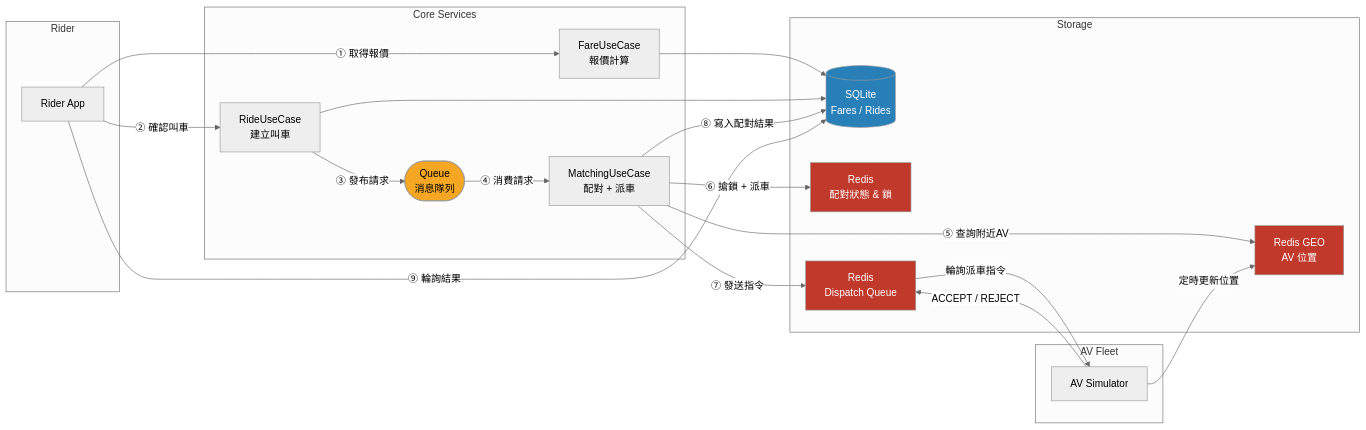
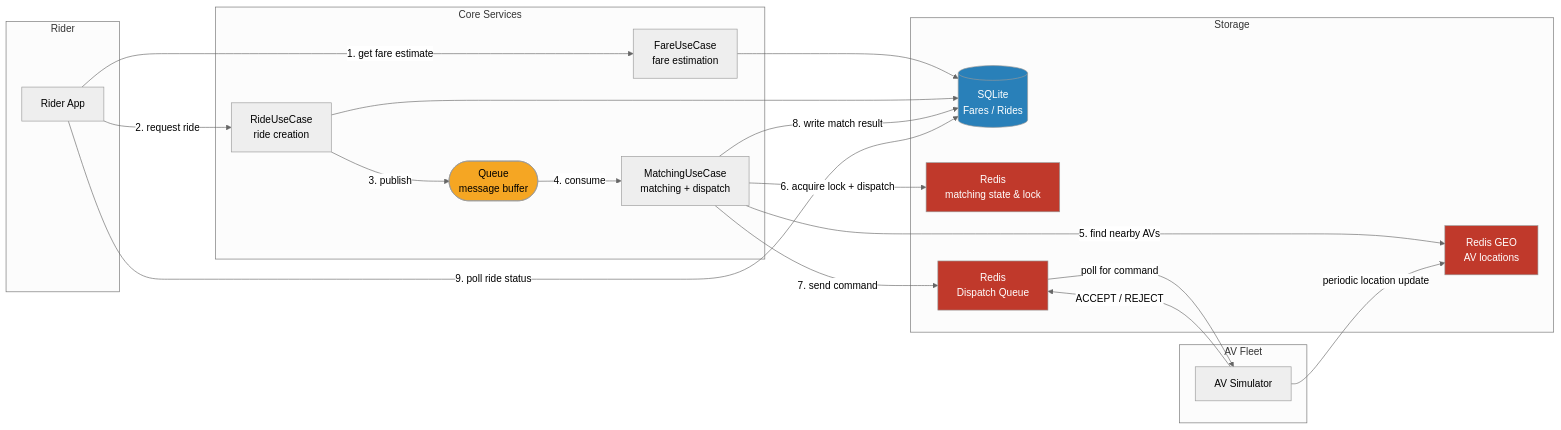
One commit to AbinterDon/robotaxi-system-design changed the first of 2 diagrams in README.md. Above: the diagram before and after it, drawn with Mermaid (neutral theme). The commit also changed other lines of this file, not shown here.

Commit message:
docs: translate diagram labels to English

````diff
--- a/README.md
+++ b/README.md
@@ -7,49 +7,49 @@
 ```mermaid
 flowchart LR
     subgraph rider["Rider"]
         R["Rider App"]
     end
 
     subgraph core["Core Services"]
-        FUC["FareUseCase\n報價計算"]
-        RUC["RideUseCase\n建立叫車"]
-        Q(["Queue\n消息隊列"])
-        MUC["MatchingUseCase\n配對 + 派車"]
+        FUC["FareUseCase\nfare estimation"]
+        RUC["RideUseCase\nride creation"]
+        Q(["Queue\nmessage buffer"])
+        MUC["MatchingUseCase\nmatching + dispatch"]
     end
 
     subgraph storage["Storage"]
         DB[("SQLite\nFares / Rides")]
-        GEO["Redis GEO\nAV 位置"]
-        LOCK["Redis\n配對狀態 & 鎖"]
+        GEO["Redis GEO\nAV locations"]
+        LOCK["Redis\nmatching state & lock"]
         DISP["Redis\nDispatch Queue"]
     end
 
     subgraph av["AV Fleet"]
         A["AV Simulator"]
     end
 
-    R -->|"① 取得報價"| FUC
+    R -->|"1. get fare estimate"| FUC
     FUC --> DB
 
-    R -->|"② 確認叫車"| RUC
+    R -->|"2. request ride"| RUC
     RUC --> DB
-    RUC -->|"③ 發布請求"| Q
+    RUC -->|"3. publish"| Q
 
-    Q -->|"④ 消費請求"| MUC
-    MUC -->|"⑤ 查詢附近AV"| GEO
-    MUC -->|"⑥ 搶鎖 + 派車"| LOCK
-    MUC -->|"⑦ 發送指令"| DISP
-    MUC -->|"⑧ 寫入配對結果"| DB
+    Q -->|"4. consume"| MUC
+    MUC -->|"5. find nearby AVs"| GEO
+    MUC -->|"6. acquire lock + dispatch"| LOCK
+    MUC -->|"7. send command"| DISP
+    MUC -->|"8. write match result"| DB
 
-    A -->|"定時更新位置"| GEO
-    DISP -->|"輪詢派車指令"| A
+    A -->|"periodic location update"| GEO
+    DISP -->|"poll for command"| A
     A -->|"ACCEPT / REJECT"| DISP
 
-    R -->|"⑨ 輪詢結果"| DB
+    R -->|"9. poll ride status"| DB
 
     style Q fill:#f5a623,color:#000
     style GEO fill:#c0392b,color:#fff
     style LOCK fill:#c0392b,color:#fff
     style DISP fill:#c0392b,color:#fff
     style DB fill:#2980b9,color:#fff
 ```
````
